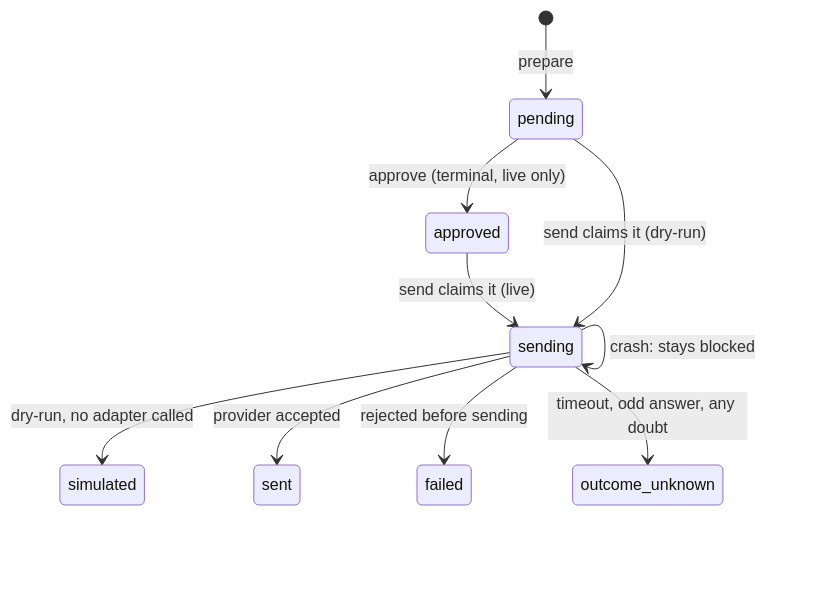
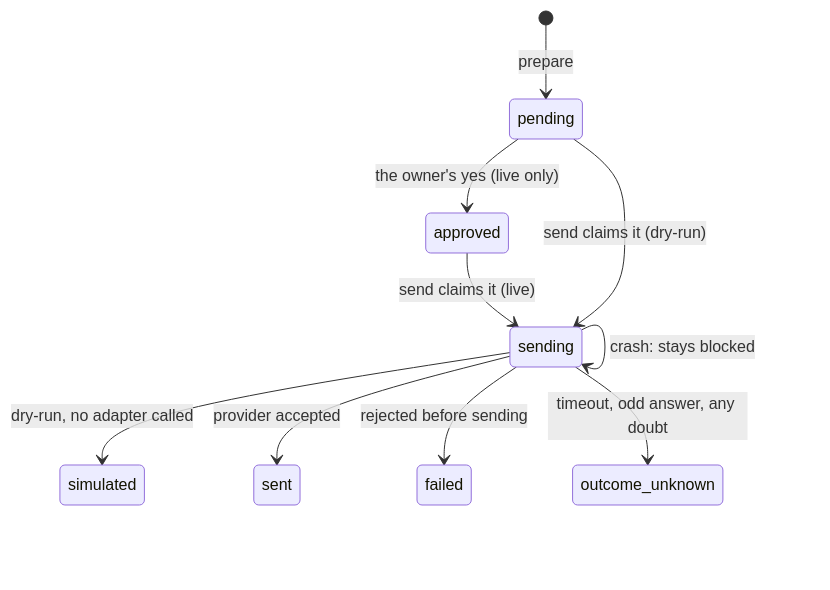
Before and after one commit to renatoaug/messaging-mcp: the diagram in docs/design/01-architecture.md, drawn with Mermaid. The commit also changed other lines of this file and 37 other files, not shown here.

````diff
--- a/docs/design/01-architecture.md
+++ b/docs/design/01-architecture.md
@@ -37,12 +38,12 @@
 ```mermaid
 stateDiagram-v2
     [*] --> pending: prepare
-    pending --> approved: approve (terminal, live only)
+    pending --> approved: the owner's yes (live only)
     approved --> sending: send claims it (live)
     pending --> sending: send claims it (dry-run)
     sending --> simulated: dry-run, no adapter called
     sending --> sent: provider accepted
     sending --> failed: rejected before sending
     sending --> outcome_unknown: timeout, odd answer, any doubt
     sending --> sending: crash: stays blocked
 ```
````
